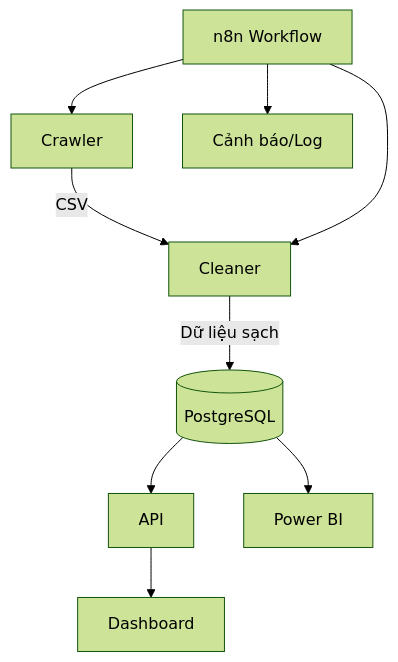
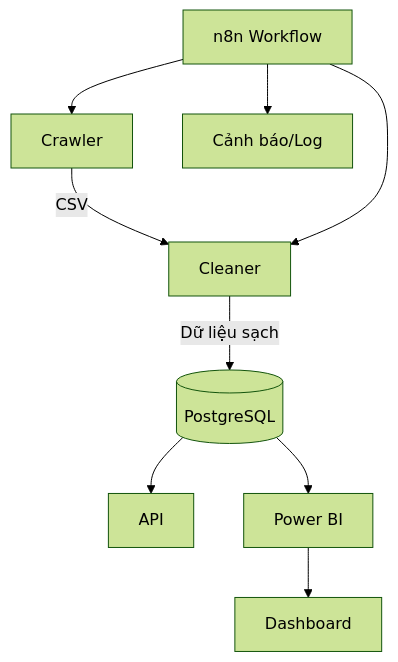
One commit to SeikoP/Vietnam-Environmental-Data changed the diagram in README.md. Above: the diagram before and after it, drawn with Mermaid (forest theme).

````diff
--- a/README.md
+++ b/README.md
@@ -12,11 +12,11 @@
 ```mermaid
 flowchart TD
     N8N[n8n Workflow] --> CRAWLER["Crawler"]
     CRAWLER -->|"CSV"| CLEANER["Cleaner"]
     CLEANER -->|"Dữ liệu sạch"| DB[(PostgreSQL)]
     N8N --> CLEANER
     DB --> API["API"]
     DB --> POWERBI["Power BI"]
-    API --> DASH["Dashboard"]
+    POWERBI["Power BI"] --> DASH["Dashboard"]
     N8N --> ALERT["Cảnh báo/Log"]
 ```
````
